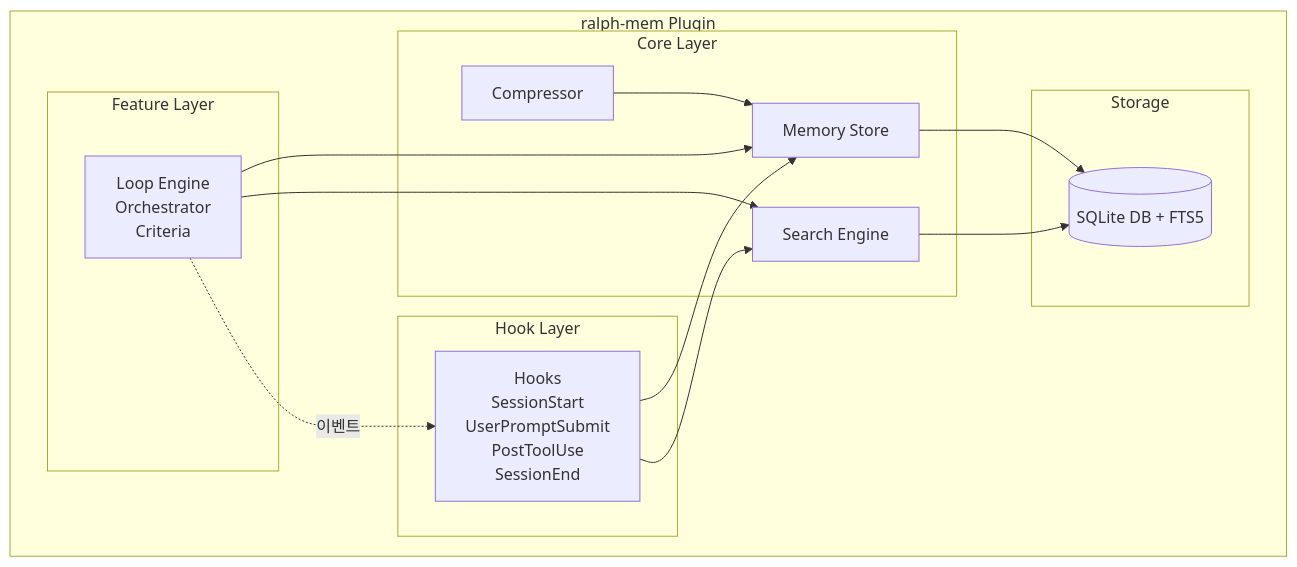
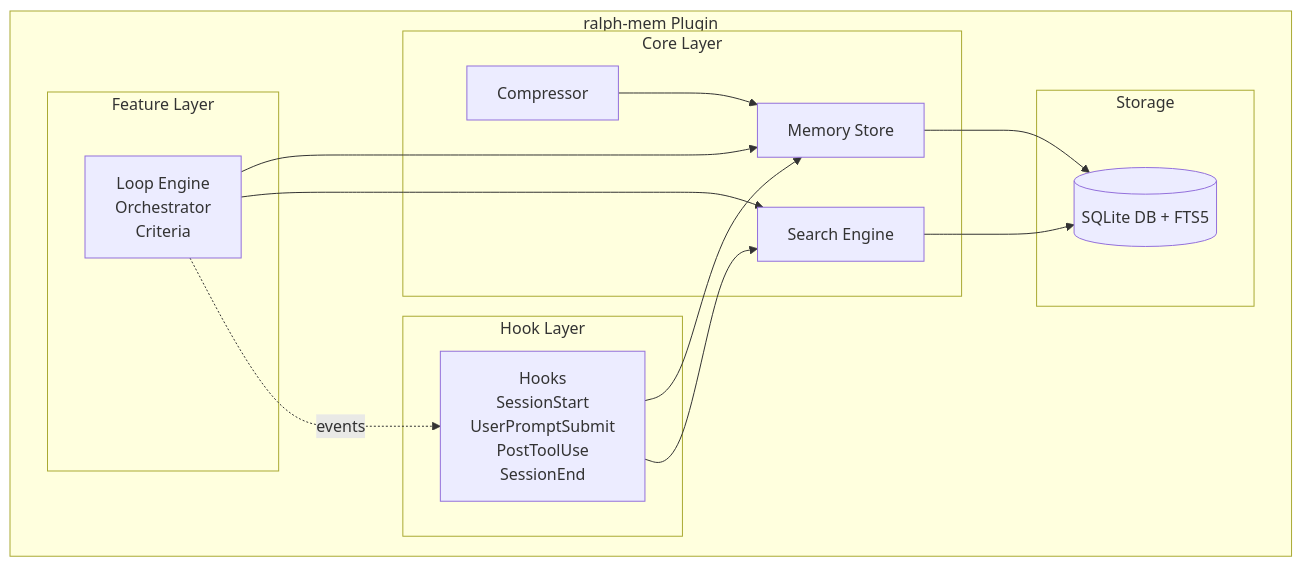
Before and after one commit to yeochul-jeon/ralph-mem: the eighth of 10 diagrams in docs/PRD.md, drawn with Mermaid. The commit also changed other lines of this file and 26 other files, not shown here.

````diff
--- a/docs/PRD.md
+++ b/docs/PRD.md
@@ -411,33 +413,33 @@
 ```mermaid
 flowchart TB
     subgraph Plugin["ralph-mem Plugin"]
         subgraph Feature["Feature Layer"]
             LoopEngine["Loop Engine<br/>Orchestrator<br/>Criteria"]
         end
 
         subgraph Hook["Hook Layer"]
             Hooks["Hooks<br/>SessionStart<br/>UserPromptSubmit<br/>PostToolUse<br/>SessionEnd"]
         end
 
         subgraph Core["Core Layer"]
             MemStore[Memory Store]
             SearchEngine[Search Engine]
             Compressor[Compressor]
         end
 
         subgraph Storage["Storage"]
             DB[(SQLite DB + FTS5)]
         end
 
         LoopEngine --> MemStore
         LoopEngine --> SearchEngine
-        LoopEngine -.->|이벤트| Hooks
+        LoopEngine -.->|events| Hooks
 
         Hooks --> MemStore
         Hooks --> SearchEngine
 
         MemStore --> DB
         SearchEngine --> DB
         Compressor --> MemStore
     end
 ```
````
